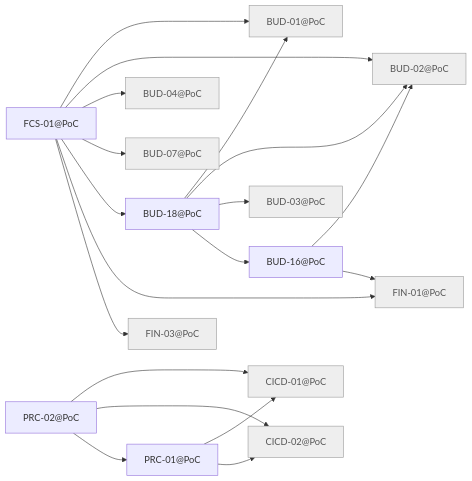
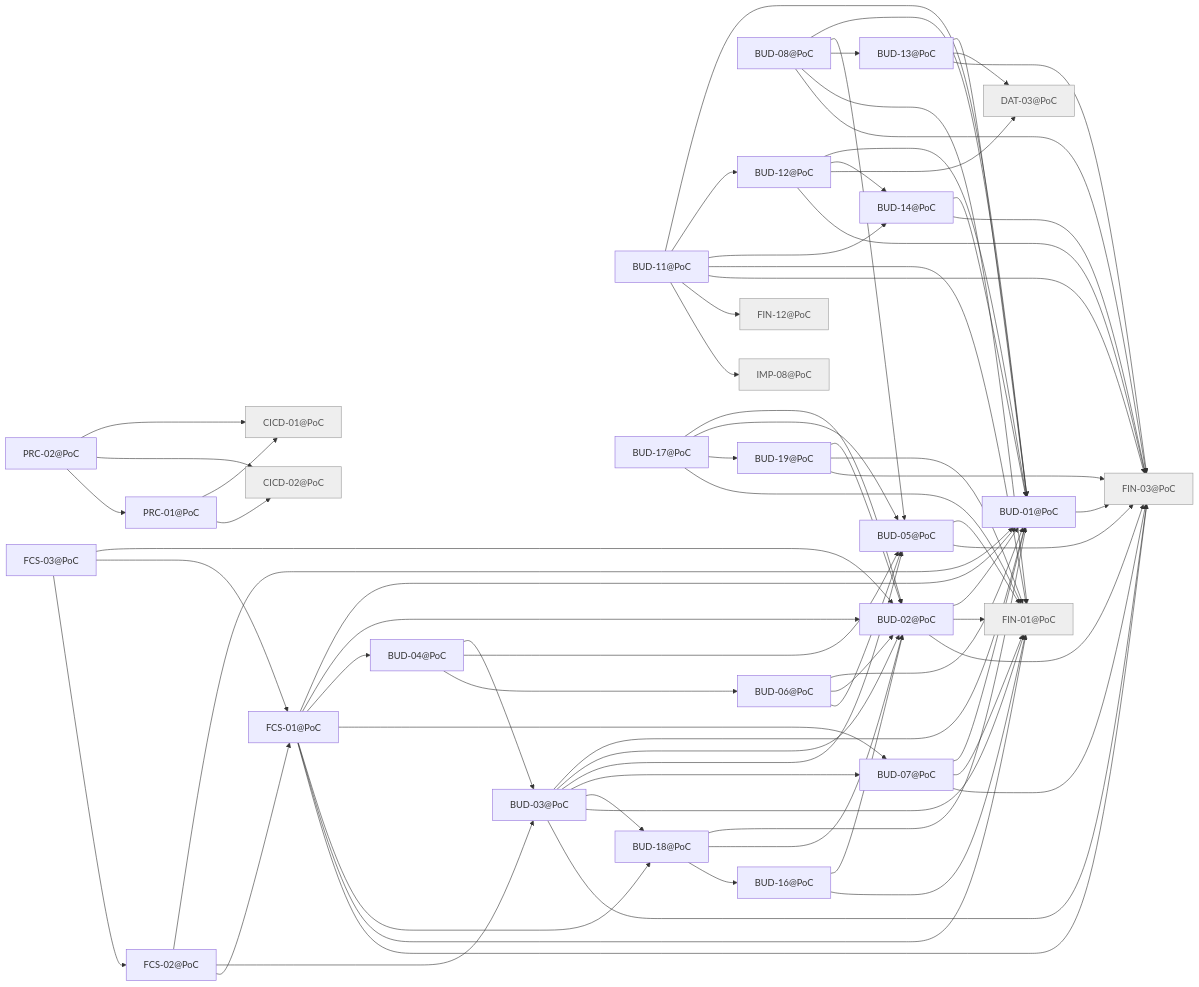
One commit to minakovval/Willowsum changed the diagram in docs/traceability/release-poc.md. Above: the diagram before and after it, drawn with Mermaid. The commit also changed other lines of this file and 102 other files, not shown here.

First line of the commit message:
BUD-01: migrate BUD and FCS to release slices (#35)

````diff
--- a/docs/traceability/release-poc.md
+++ b/docs/traceability/release-poc.md
@@ -24,22 +40,85 @@
   BUD_02_PoC["BUD-02@PoC"]
   BUD_03_PoC["BUD-03@PoC"]
   BUD_04_PoC["BUD-04@PoC"]
+  BUD_05_PoC["BUD-05@PoC"]
+  BUD_06_PoC["BUD-06@PoC"]
   BUD_07_PoC["BUD-07@PoC"]
+  BUD_08_PoC["BUD-08@PoC"]
+  BUD_11_PoC["BUD-11@PoC"]
+  BUD_12_PoC["BUD-12@PoC"]
+  BUD_13_PoC["BUD-13@PoC"]
+  BUD_14_PoC["BUD-14@PoC"]
   BUD_16_PoC["BUD-16@PoC"]
+  BUD_17_PoC["BUD-17@PoC"]
   BUD_18_PoC["BUD-18@PoC"]
+  BUD_19_PoC["BUD-19@PoC"]
   CICD_01_PoC["CICD-01@PoC"]
   CICD_02_PoC["CICD-02@PoC"]
+  DAT_03_PoC["DAT-03@PoC"]
   FCS_01_PoC["FCS-01@PoC"]
+  FCS_02_PoC["FCS-02@PoC"]
+  FCS_03_PoC["FCS-03@PoC"]
   FIN_01_PoC["FIN-01@PoC"]
   FIN_03_PoC["FIN-03@PoC"]
+  FIN_12_PoC["FIN-12@PoC"]
+  IMP_08_PoC["IMP-08@PoC"]
   PRC_01_PoC["PRC-01@PoC"]
   PRC_02_PoC["PRC-02@PoC"]
+  BUD_01_PoC --> FIN_03_PoC
+  BUD_02_PoC --> BUD_01_PoC
+  BUD_02_PoC --> FIN_01_PoC
+  BUD_02_PoC --> FIN_03_PoC
+  BUD_03_PoC --> BUD_01_PoC
+  BUD_03_PoC --> BUD_02_PoC
+  BUD_03_PoC --> BUD_05_PoC
+  BUD_03_PoC --> BUD_07_PoC
+  BUD_03_PoC --> BUD_18_PoC
+  BUD_03_PoC --> FIN_01_PoC
+  BUD_03_PoC --> FIN_03_PoC
+  BUD_04_PoC --> BUD_03_PoC
+  BUD_04_PoC --> BUD_05_PoC
+  BUD_04_PoC --> BUD_06_PoC
+  BUD_05_PoC --> FIN_01_PoC
+  BUD_05_PoC --> FIN_03_PoC
+  BUD_06_PoC --> BUD_01_PoC
+  BUD_06_PoC --> BUD_02_PoC
+  BUD_06_PoC --> BUD_05_PoC
+  BUD_07_PoC --> BUD_01_PoC
+  BUD_07_PoC --> FIN_01_PoC
+  BUD_07_PoC --> FIN_03_PoC
+  BUD_08_PoC --> BUD_01_PoC
+  BUD_08_PoC --> BUD_05_PoC
+  BUD_08_PoC --> BUD_13_PoC
+  BUD_08_PoC --> FIN_01_PoC
+  BUD_08_PoC --> FIN_03_PoC
+  BUD_11_PoC --> BUD_01_PoC
+  BUD_11_PoC --> BUD_12_PoC
+  BUD_11_PoC --> BUD_14_PoC
+  BUD_11_PoC --> FIN_01_PoC
+  BUD_11_PoC --> FIN_03_PoC
+  BUD_11_PoC --> FIN_12_PoC
+  BUD_11_PoC --> IMP_08_PoC
+  BUD_12_PoC --> BUD_01_PoC
+  BUD_12_PoC --> BUD_14_PoC
+  BUD_12_PoC --> DAT_03_PoC
+  BUD_12_PoC --> FIN_03_PoC
+  BUD_13_PoC --> BUD_01_PoC
+  BUD_13_PoC --> DAT_03_PoC
+  BUD_13_PoC --> FIN_03_PoC
+  BUD_14_PoC --> BUD_01_PoC
+  BUD_14_PoC --> FIN_03_PoC
   BUD_16_PoC --> BUD_02_PoC
   BUD_16_PoC --> FIN_01_PoC
+  BUD_17_PoC --> BUD_02_PoC
+  BUD_17_PoC --> BUD_05_PoC
+  BUD_17_PoC --> BUD_19_PoC
+  BUD_17_PoC --> FIN_01_PoC
   BUD_18_PoC --> BUD_01_PoC
   BUD_18_PoC --> BUD_02_PoC
-  BUD_18_PoC --> BUD_03_PoC
   BUD_18_PoC --> BUD_16_PoC
+  BUD_19_PoC --> BUD_02_PoC
+  BUD_19_PoC --> FIN_01_PoC
+  BUD_19_PoC --> FIN_03_PoC
   FCS_01_PoC --> BUD_01_PoC
   FCS_01_PoC --> BUD_02_PoC
   FCS_01_PoC --> BUD_04_PoC
@@ -47,11 +126,17 @@
   FCS_01_PoC --> BUD_18_PoC
   FCS_01_PoC --> FIN_01_PoC
   FCS_01_PoC --> FIN_03_PoC
+  FCS_02_PoC --> BUD_01_PoC
+  FCS_02_PoC --> BUD_03_PoC
+  FCS_02_PoC --> FCS_01_PoC
+  FCS_03_PoC --> BUD_02_PoC
+  FCS_03_PoC --> FCS_01_PoC
+  FCS_03_PoC --> FCS_02_PoC
   PRC_01_PoC --> CICD_01_PoC
   PRC_01_PoC --> CICD_02_PoC
   PRC_02_PoC --> CICD_01_PoC
   PRC_02_PoC --> CICD_02_PoC
   PRC_02_PoC --> PRC_01_PoC
   classDef notMigrated fill:#eee,stroke:#999,color:#555
-  class BUD_01_PoC,BUD_02_PoC,BUD_03_PoC,BUD_04_PoC,BUD_07_PoC,CICD_01_PoC,CICD_02_PoC,FIN_01_PoC,FIN_03_PoC notMigrated
+  class CICD_01_PoC,CICD_02_PoC,DAT_03_PoC,FIN_01_PoC,FIN_03_PoC,FIN_12_PoC,IMP_08_PoC notMigrated
 ```
````
